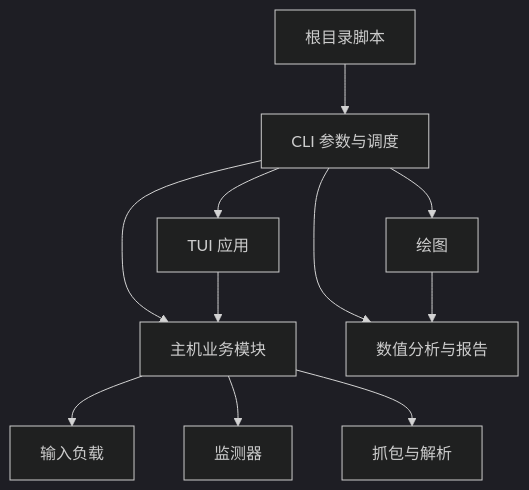
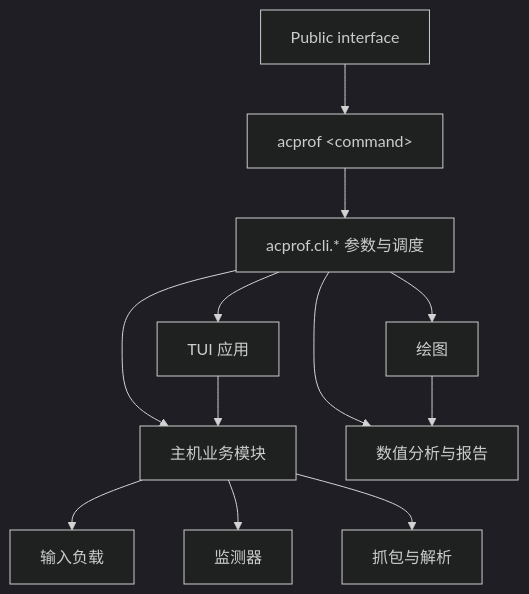
The diagram in docs/Architecture.md (kainam15/AC-Prof), drawn with Mermaid (dark theme) before and after one commit. The commit also changed other lines of this file and 19 other files, not shown here.

First line of the commit message:
docs(cli): document the single public command interface

````diff
--- a/docs/Architecture.md
+++ b/docs/Architecture.md
@@ -56,13 +56,14 @@
 ```mermaid
 flowchart TD
-    scripts[根目录脚本] --> cli[CLI 参数与调度]
+    public[Public interface] --> command["acprof &lt;command&gt;"]
+    command --> cli["acprof.cli.* 参数与调度"]
     cli --> host[主机业务模块]
     cli --> tui[TUI 应用]
     cli --> plotting[绘图]
     cli --> analysis[数值分析与报告]
     tui --> host
     plotting --> analysis
     host --> workloads[输入负载]
     host --> monitors[监测器]
     host --> packet[抓包与解析]
 ```
````
